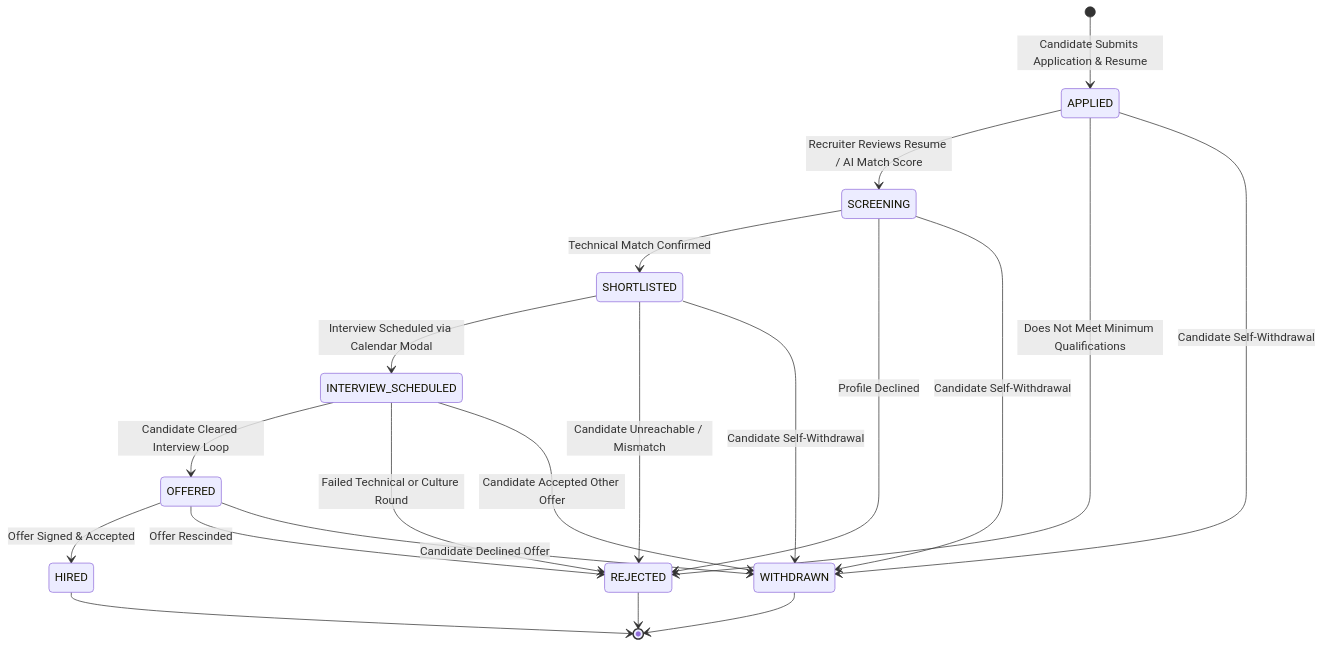
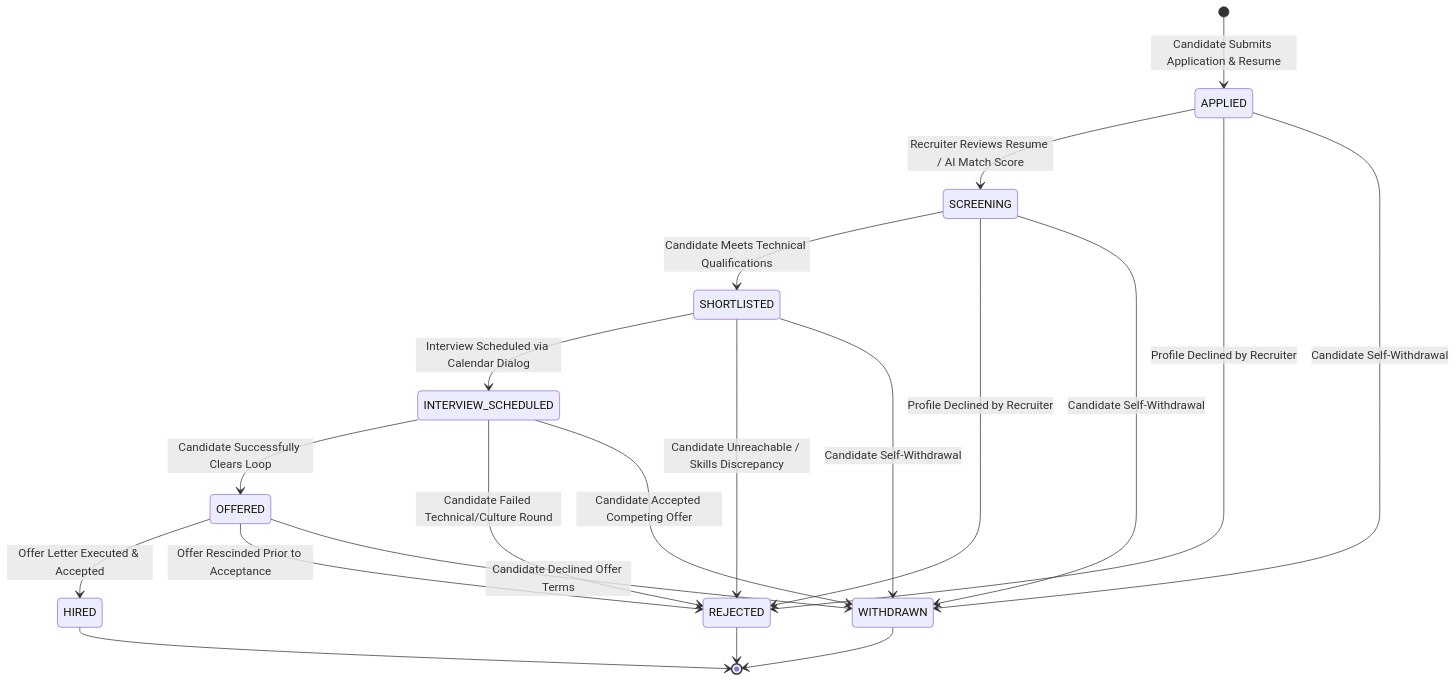
One commit to manthanshah07/SmartATS changed the second of 2 diagrams in README.md. Above: the diagram before and after it, drawn with Mermaid. The commit also changed other lines of this file, not shown here.

Commit message:
docs: generate master system architecture, security audit remediation, and deployment runbook

````diff
--- a/README.md
+++ b/README.md
@@ -107,28 +127,28 @@
 ```mermaid
 stateDiagram-v2
     [*] --> APPLIED : Candidate Submits Application & Resume
 
     APPLIED --> SCREENING : Recruiter Reviews Resume / AI Match Score
-    APPLIED --> REJECTED : Does Not Meet Minimum Qualifications
+    APPLIED --> REJECTED : Profile Declined by Recruiter
     APPLIED --> WITHDRAWN : Candidate Self-Withdrawal
 
-    SCREENING --> SHORTLISTED : Technical Match Confirmed
-    SCREENING --> REJECTED : Profile Declined
+    SCREENING --> SHORTLISTED : Candidate Meets Technical Qualifications
+    SCREENING --> REJECTED : Profile Declined by Recruiter
     SCREENING --> WITHDRAWN : Candidate Self-Withdrawal
 
-    SHORTLISTED --> INTERVIEW_SCHEDULED : Interview Scheduled via Calendar Modal
-    SHORTLISTED --> REJECTED : Candidate Unreachable / Mismatch
+    SHORTLISTED --> INTERVIEW_SCHEDULED : Interview Scheduled via Calendar Dialog
+    SHORTLISTED --> REJECTED : Candidate Unreachable / Skills Discrepancy
     SHORTLISTED --> WITHDRAWN : Candidate Self-Withdrawal
 
-    INTERVIEW_SCHEDULED --> OFFERED : Candidate Cleared Interview Loop
-    INTERVIEW_SCHEDULED --> REJECTED : Failed Technical or Culture Round
-    INTERVIEW_SCHEDULED --> WITHDRAWN : Candidate Accepted Other Offer
+    INTERVIEW_SCHEDULED --> OFFERED : Candidate Successfully Clears Loop
+    INTERVIEW_SCHEDULED --> REJECTED : Candidate Failed Technical/Culture Round
+    INTERVIEW_SCHEDULED --> WITHDRAWN : Candidate Accepted Competing Offer
 
-    OFFERED --> HIRED : Offer Signed & Accepted
-    OFFERED --> REJECTED : Offer Rescinded
-    OFFERED --> WITHDRAWN : Candidate Declined Offer
+    OFFERED --> HIRED : Offer Letter Executed & Accepted
+    OFFERED --> REJECTED : Offer Rescinded Prior to Acceptance
+    OFFERED --> WITHDRAWN : Candidate Declined Offer Terms
 
     REJECTED --> [*]
     WITHDRAWN --> [*]
     HIRED --> [*]
 ```
````
